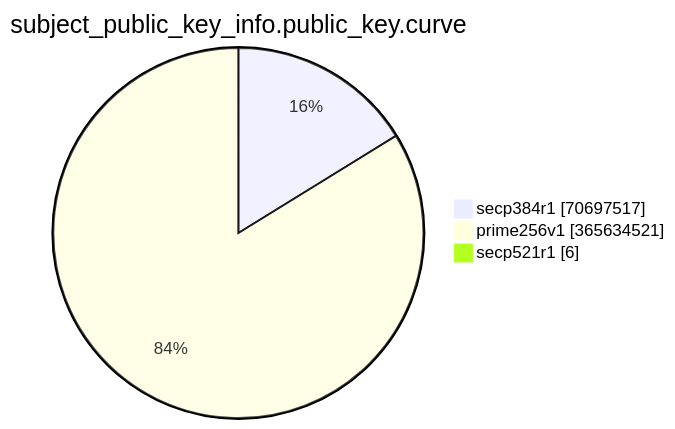
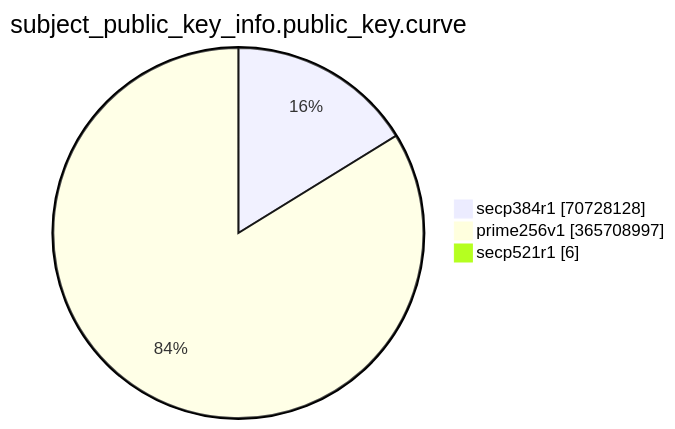
One commit to christiankrug/ctmonitor_visualization changed the eighth of 15 diagrams in TOTAL/README.md. Above: the diagram before and after it, drawn with Mermaid. The commit also changed other lines of this file, not shown here.

````diff
--- a/TOTAL/README.md
+++ b/TOTAL/README.md
@@ -3092,7 +3092,7 @@
 ```mermaid
 pie showData
 title subject_public_key_info.public_key.curve
-"secp384r1" :70697517
-"prime256v1" :365634521
+"secp384r1" :70728128
+"prime256v1" :365708997
 "secp521r1" :6
 ```
````
